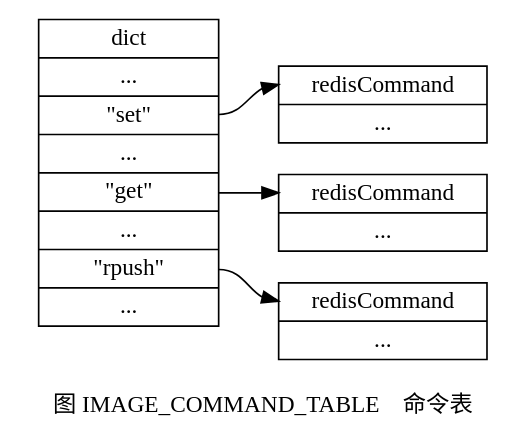
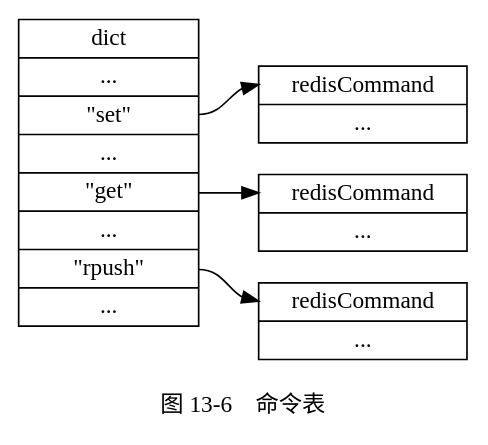
One commit to huangzworks/redisbook1e changed the fourth of 9 diagrams in preview/client/redis_client_property.rst. Above: the diagram before and after it, drawn with Graphviz. The commit also changed other lines of this file and 4 other files, not shown here.

Commit message:
修正图 13-5 、14-3 和 14-6 ，感谢 凯旋冲锋 的提醒。

```diff
--- a/preview/client/redis_client_property.rst
+++ b/preview/client/redis_client_property.rst
@@ -429,19 +429,19 @@
 .. graphviz::
 
     digraph {
 
-        label = "\n 图 IMAGE_COMMAND_TABLE    命令表";
+        label = "\n 图 13-6    命令表";
 
         rankdir = LR;
 
         node [shape = record];
 
         command_table [label = " dict | ... | <set> \"set\" | ... | <get> \"get\" | ... | <rpush> \"rpush\" | ... ", width = 1.5 ];
 
         node [label = " <head> redisCommand | ... "];
 
         command_table:set -> set:head;
         command_table:get -> get:head;
         command_table:rpush -> rpush:head;
 
     }
```
